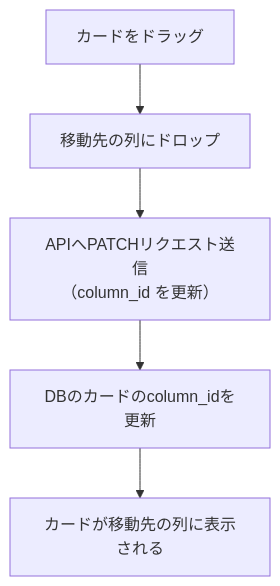
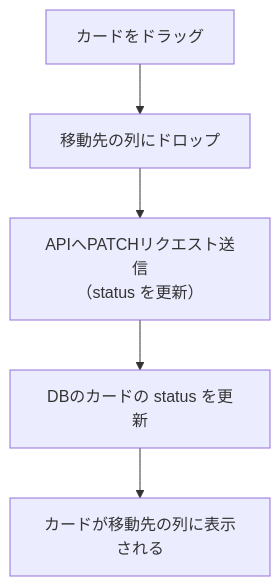
Before and after one commit to Masaki-0225/AIgakusyuu: the fourth of 7 diagrams in docs/functional-requirements.md, drawn with Mermaid. The commit also changed other lines of this file and 9 other files, not shown here.

````diff
--- a/docs/functional-requirements.md
+++ b/docs/functional-requirements.md
@@ -103,7 +105,7 @@
 ```mermaid
 flowchart TD
     A["カードをドラッグ"] --> B["移動先の列にドロップ"]
-    B --> C["APIへPATCHリクエスト送信\n（column_id を更新）"]
-    C --> D["DBのカードのcolumn_idを更新"]
+    B --> C["APIへPATCHリクエスト送信\n（status を更新）"]
+    C --> D["DBのカードの status を更新"]
     D --> E["カードが移動先の列に表示される"]
 ```
````
